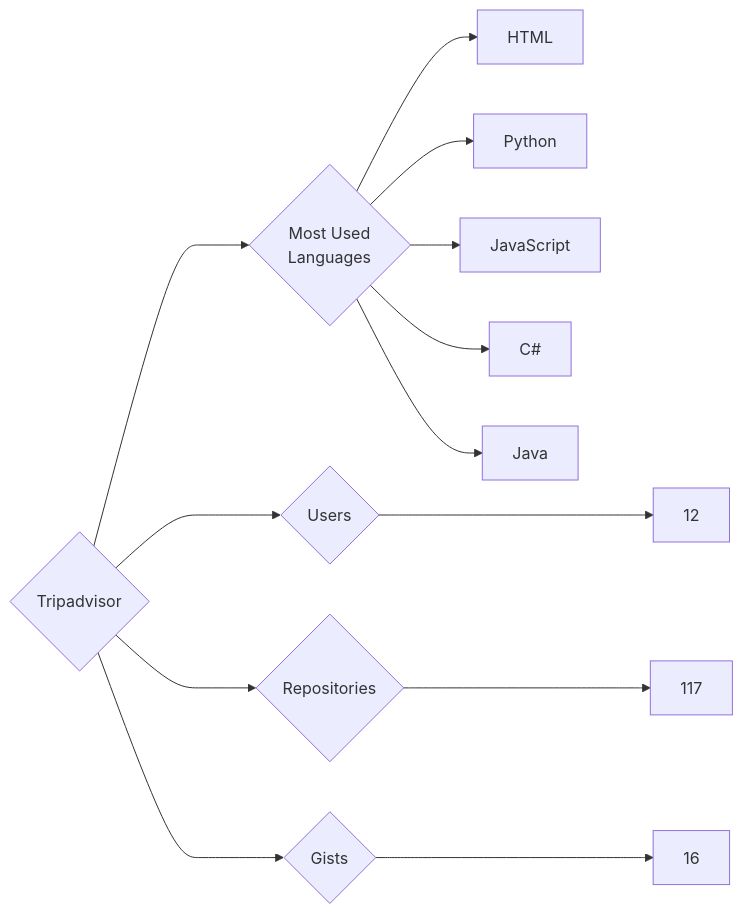
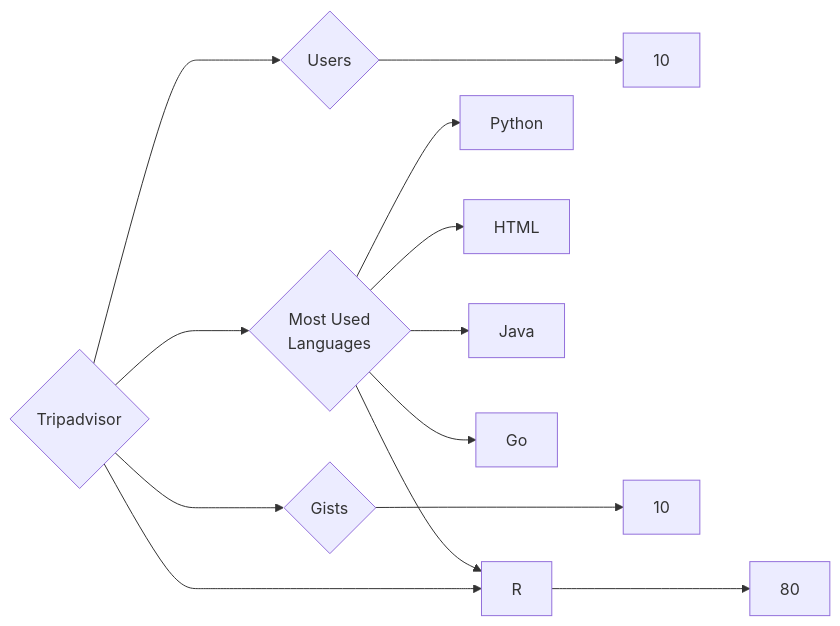
Before and after one commit to trickest/insiders: the diagram in targets/Tripadvisor/README.md, drawn with Mermaid. The commit also changed 829 other files, not shown here.

````diff
--- a/targets/Tripadvisor/README.md
+++ b/targets/Tripadvisor/README.md
@@ -3,13 +3,13 @@
 ```mermaid
 graph LR
 COMPANY_NAME{Tripadvisor}
-COMPANY_NAME ---> U{Users} ---> UN[12]
-COMPANY_NAME ---> R{Repositories} ---> RN[117]
-COMPANY_NAME ---> G{Gists} ---> GN[16]
+COMPANY_NAME ---> U{Users} ---> UN[10]
+COMPANY_NAME ---> R{Repositories} ---> RN[80]
+COMPANY_NAME ---> G{Gists} ---> GN[10]
 COMPANY_NAME ---> ML{Most Used<br>Languages}
+ML --> Python[Python]
 ML --> HTML[HTML]
-ML --> Python[Python]
-ML --> JavaScript[JavaScript]
-ML --> C#[C#]
 ML --> Java[Java]
+ML --> Go[Go]
+ML --> R[R]
 ```
````
